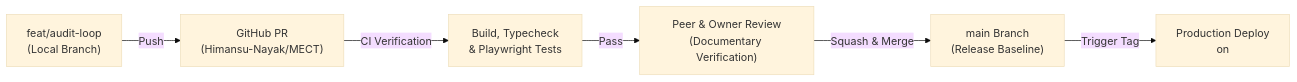
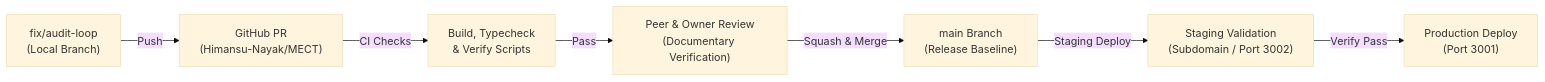
The diagram in docs/DEPLOYMENT_CHECKLIST.md (Himansu-Nayak/MECT), drawn with Mermaid (base theme) before and after one commit. The commit also changed other lines of this file and 61 other files, not shown here.

````diff
--- a/docs/DEPLOYMENT_CHECKLIST.md
+++ b/docs/DEPLOYMENT_CHECKLIST.md
@@ -68,8 +92,9 @@
 ```mermaid
 flowchart LR
-    Feature["feat/audit-loop\n(Local Branch)"] -->|Push| Fork["GitHub PR\n(Himansu-Nayak/MECT)"]
-    Fork -->|CI Verification| CI["Build, Typecheck\n& Playwright Tests"]
+    Feature["fix/audit-loop\n(Local Branch)"] -->|Push| PR["GitHub PR\n(Himansu-Nayak/MECT)"]
+    PR -->|CI Checks| CI["Build, Typecheck\n& Verify Scripts"]
     CI -->|Pass| Review["Peer & Owner Review\n(Documentary Verification)"]
     Review -->|Squash & Merge| Main["main Branch\n(Release Baseline)"]
-    Main -->|Trigger Tag| Deploy["Production Deploy\non <VPS_HOST>"]
+    Main -->|Staging Deploy| Staging["Staging Validation\n(Subdomain / Port 3002)"]
+    Staging -->|Verify Pass| Prod["Production Deploy\n(Port 3001)"]
 ```
````
